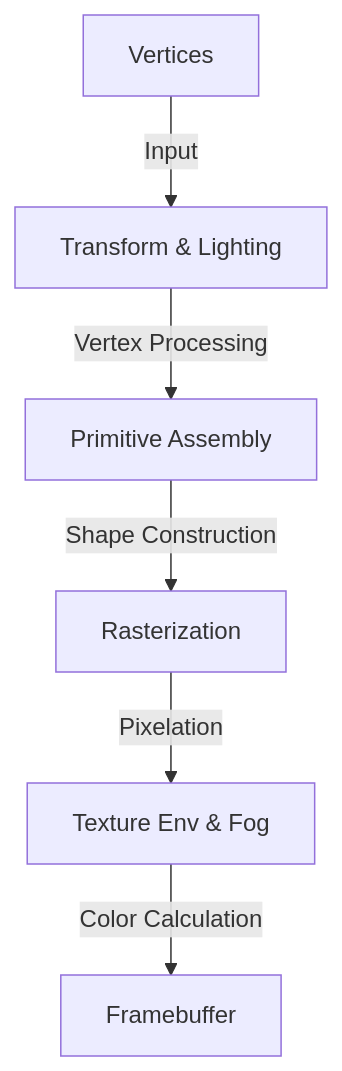
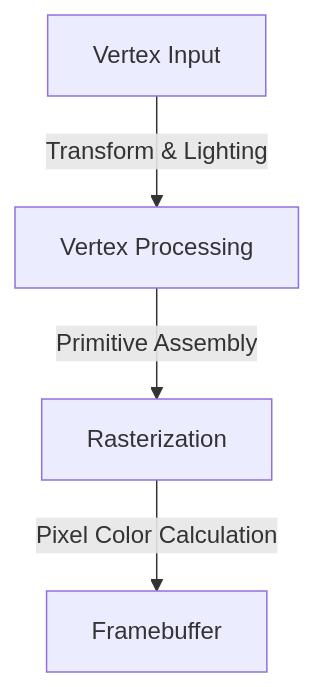
Before and after one commit to kenjinote/blog: the first of 2 diagrams in content/post/opengl-basics-and-history/index.en.md, drawn with Mermaid. The commit also changed other lines of this file and 129 other files, not shown here.

````diff
--- a/content/post/opengl-basics-and-history/index.en.md
+++ b/content/post/opengl-basics-and-history/index.en.md
@@ -41,15 +35,6 @@
 ```mermaid
 graph TD
-    A["Vertices"]
-    B["Transform & Lighting"]
-    C["Primitive Assembly"]
-    D["Rasterization"]
-    E["Texture Env & Fog"]
-    F["Framebuffer"]
-
-    A -- "Input" --> B
-    B -- "Vertex Processing" --> C
-    C -- "Shape Construction" --> D
-    D -- "Pixelation" --> E
-    E -- "Color Calculation" --> F
+    A["Vertex Input"] -- "Transform & Lighting" --> B["Vertex Processing"]
+    B -- "Primitive Assembly" --> C["Rasterization"]
+    C -- "Pixel Color Calculation" --> D["Framebuffer"]
 ```
````
